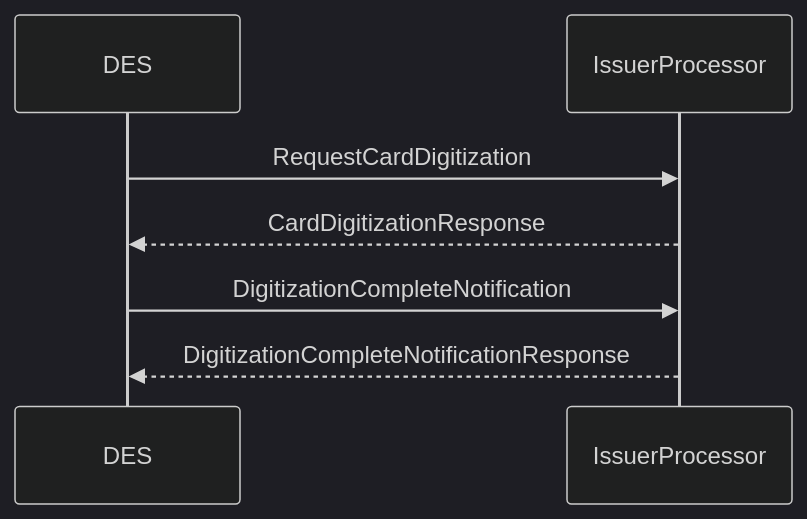
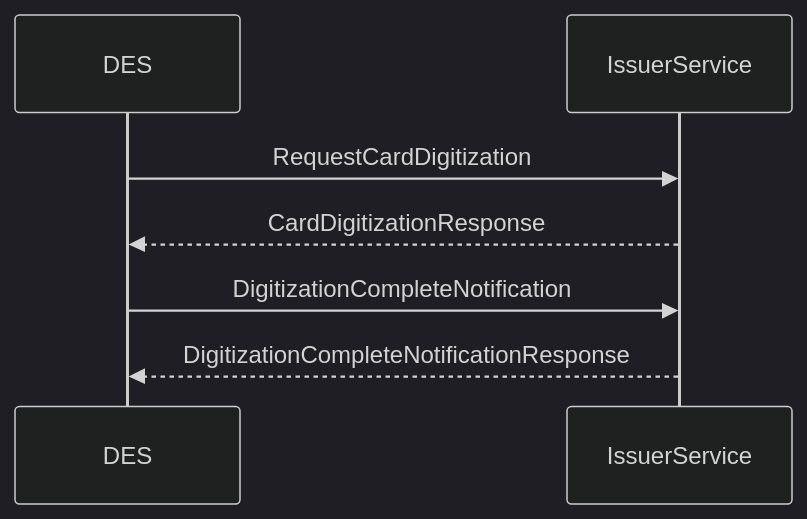
One commit to BankAxept/bankaxept-des-external-documentation changed the second of 2 diagrams in docs/enrolment_xpays.md. Above: the diagram before and after it, drawn with Mermaid (dark theme). The commit also changed other lines of this file and 4 other files, not shown here.

````diff
--- a/docs/enrolment_xpays.md
+++ b/docs/enrolment_xpays.md
@@ -41,10 +41,10 @@
 ```mermaid
 
 sequenceDiagram
     participant DES
-    participant IssuerProcessor
-    DES ->> IssuerProcessor: RequestCardDigitization
-    IssuerProcessor -->> DES: CardDigitizationResponse
-    DES ->> IssuerProcessor: DigitizationCompleteNotification
-    IssuerProcessor -->> DES: DigitizationCompleteNotificationResponse
+    participant IssuerService
+    DES ->> IssuerService: RequestCardDigitization
+    IssuerService -->> DES: CardDigitizationResponse
+    DES ->> IssuerService: DigitizationCompleteNotification
+    IssuerService -->> DES: DigitizationCompleteNotificationResponse
 ```
````
